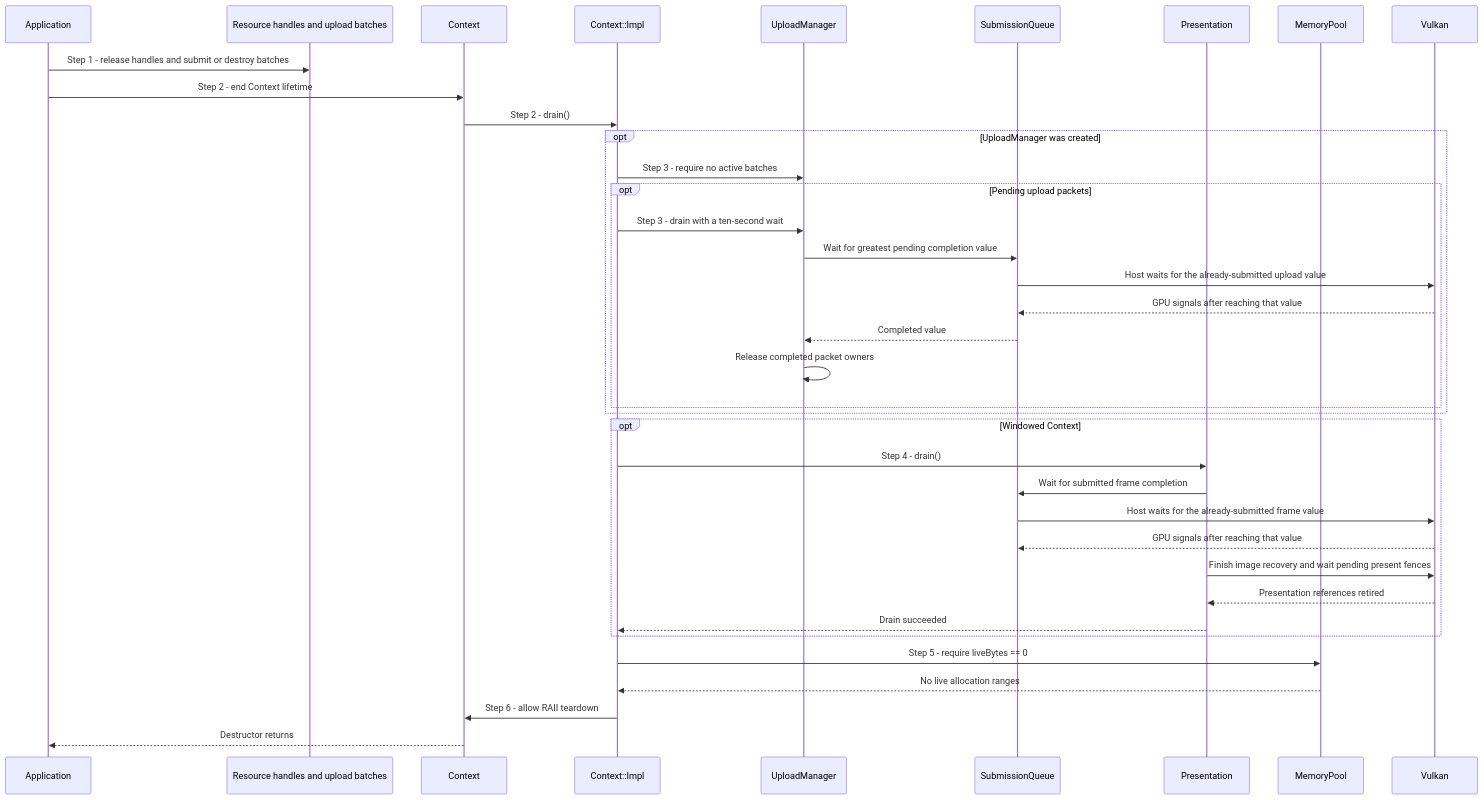
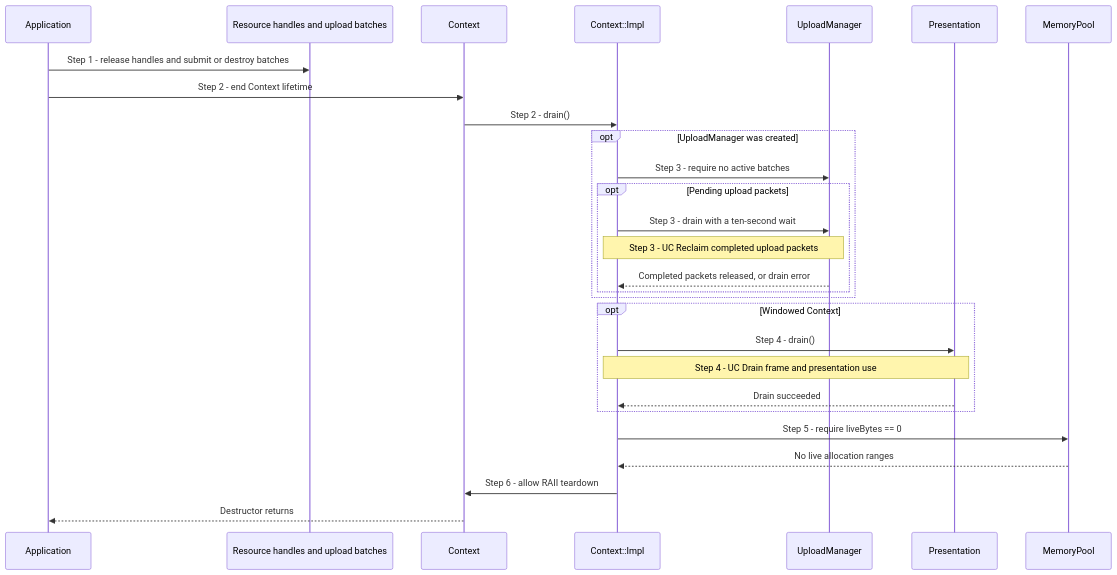
One commit to a-soltysik/Panda changed the diagram in docs/use-cases/shutdown-context.md. Above: the diagram before and after it, drawn with Mermaid. The commit also changed other lines of this file and 23 other files, not shown here.

Commit message:
Align use-case references and document shared upload flows (#82)

````diff
--- a/docs/use-cases/shutdown-context.md
+++ b/docs/use-cases/shutdown-context.md
@@ -49,39 +49,30 @@
 ```mermaid
 sequenceDiagram
     participant A as Application
     participant H as Resource handles and upload batches
     participant C as Context
     participant I as Context::Impl
     participant U as UploadManager
-    participant Q as SubmissionQueue
     participant P as Presentation
     participant M as MemoryPool
-    participant V as Vulkan
     A->>H: Step 1 - release handles and submit or destroy batches
     A->>C: Step 2 - end Context lifetime
     C->>I: Step 2 - drain()
     opt UploadManager was created
         I->>U: Step 3 - require no active batches
         opt Pending upload packets
             I->>U: Step 3 - drain with a ten-second wait
-            U->>Q: Wait for greatest pending completion value
-            Q->>V: Host waits for the already-submitted upload value
-            V-->>Q: GPU signals after reaching that value
-            Q-->>U: Completed value
-            U->>U: Release completed packet owners
+            Note over I,U: Step 3 - UC Reclaim completed upload packets
+            U-->>I: Completed packets released, or drain error
         end
     end
     opt Windowed Context
         I->>P: Step 4 - drain()
-        P->>Q: Wait for submitted frame completion
-        Q->>V: Host waits for the already-submitted frame value
-        V-->>Q: GPU signals after reaching that value
-        P->>V: Finish image recovery and wait pending present fences
-        V-->>P: Presentation references retired
+        Note over I,P: Step 4 - UC Drain frame and presentation use
         P-->>I: Drain succeeded
     end
     I->>M: Step 5 - require liveBytes == 0
     M-->>I: No live allocation ranges
     I->>C: Step 6 - allow RAII teardown
     C-->>A: Destructor returns
 ```
````
